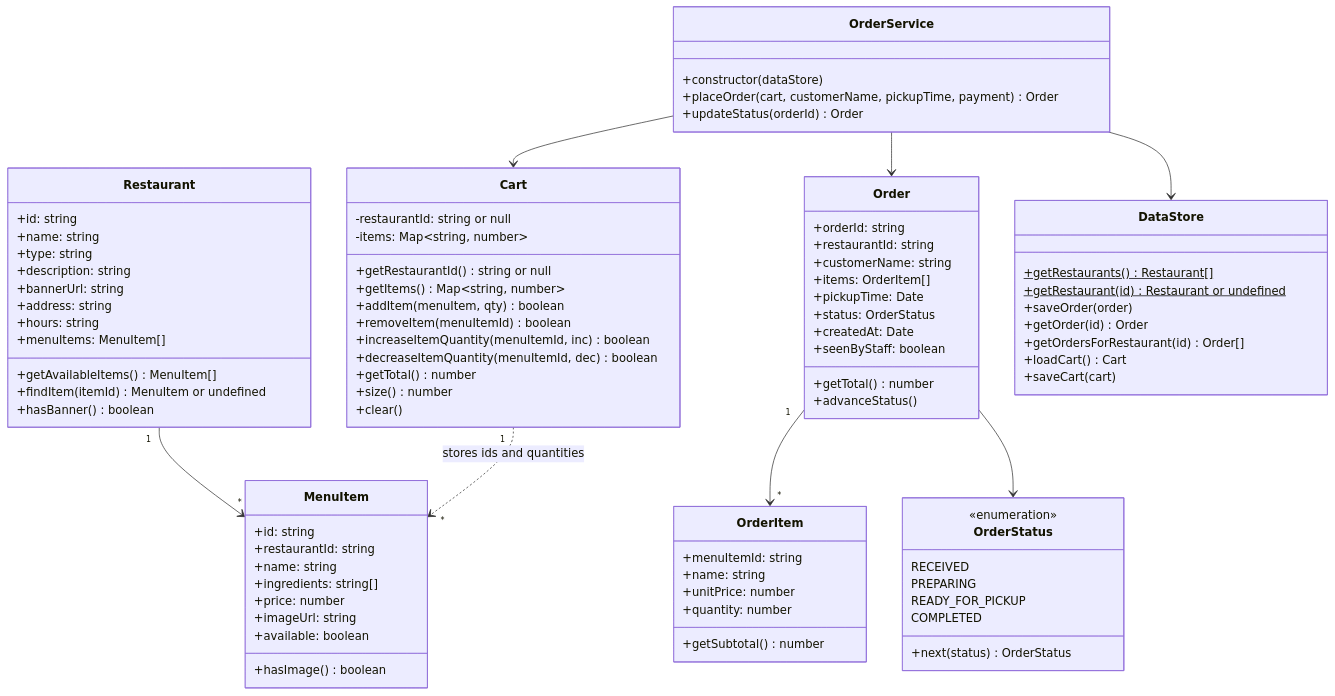
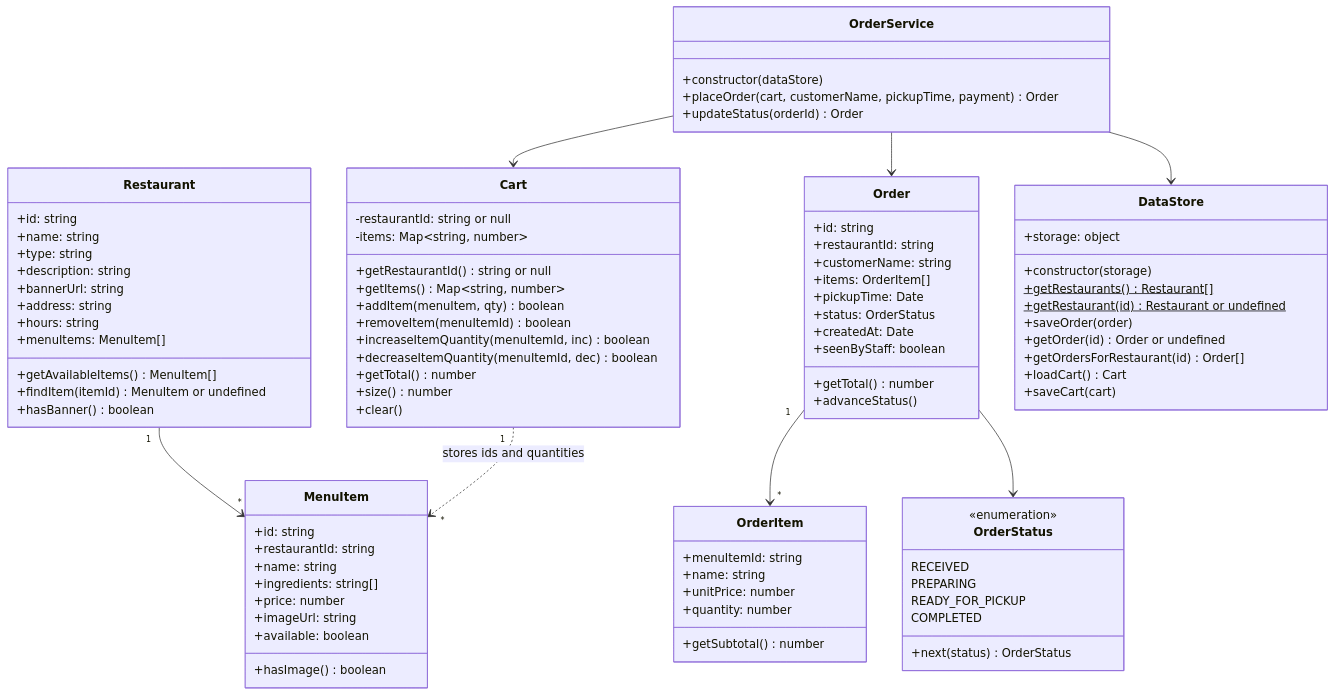
Before and after one commit to zettaMarge/COMP-354-A2: the diagram in docs/class-diagram.md, drawn with Mermaid. The commit also changed 8 other files, not shown here.

```diff
--- a/docs/class-diagram.md
+++ b/docs/class-diagram.md
@@ -43,7 +43,7 @@
         +clear()
     }
     class Order {
-        +orderId: string
+        +id: string
         +restaurantId: string
         +customerName: string
         +items: OrderItem[]
@@ -70,10 +70,12 @@
         +next(status) OrderStatus
     }
     class DataStore {
+        +storage: object
+        +constructor(storage)
         +getRestaurants()$ Restaurant[]
         +getRestaurant(id)$ Restaurant or undefined
         +saveOrder(order)
-        +getOrder(id) Order
+        +getOrder(id) Order or undefined
         +getOrdersForRestaurant(id) Order[]
         +loadCart() Cart
         +saveCart(cart)
```
